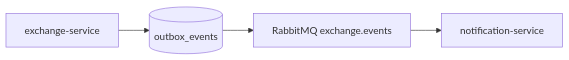
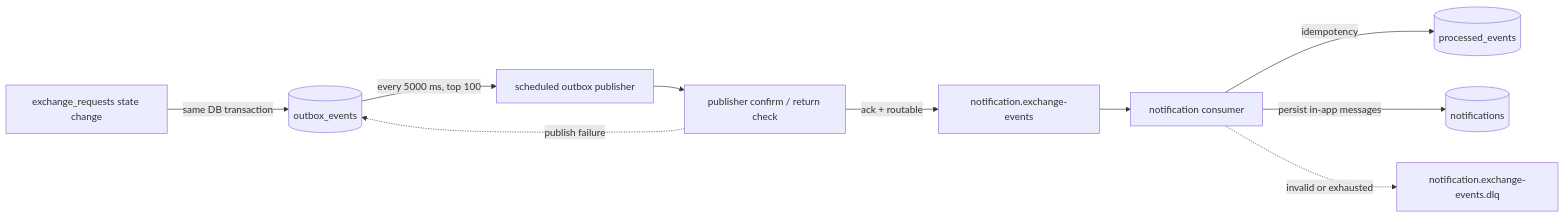
One commit to MikhailTereshchenk0/second-shelf changed the second of 3 diagrams in README.md. Above: the diagram before and after it, drawn with Mermaid. The commit also changed other lines of this file and 1 other file, not shown here.

````diff
--- a/README.md
+++ b/README.md
@@ -106,11 +218,22 @@
 ```mermaid
 flowchart LR
-    Exchange["exchange-service"]
+    Tx["exchange_requests state change"]
     Outbox[("outbox_events")]
-    Rabbit["RabbitMQ exchange.events"]
-    Notification["notification-service"]
+    Publisher["scheduled outbox publisher"]
+    Broker["publisher confirm / return check"]
+    Queue["notification.exchange-events"]
+    Consumer["notification consumer"]
+    Processed[("processed_events")]
+    Notifications[("notifications")]
+    DLQ["notification.exchange-events.dlq"]
 
-    Exchange --> Outbox
-    Outbox --> Rabbit
-    Rabbit --> Notification
+    Tx -->|"same DB transaction"| Outbox
+    Outbox -->|"every 5000 ms, top 100"| Publisher
+    Publisher --> Broker
+    Broker -->|"ack + routable"| Queue
+    Broker -. publish failure .-> Outbox
+    Queue --> Consumer
+    Consumer -->|"idempotency"| Processed
+    Consumer -->|"persist in-app messages"| Notifications
+    Consumer -. invalid or exhausted .-> DLQ
 ```
````
